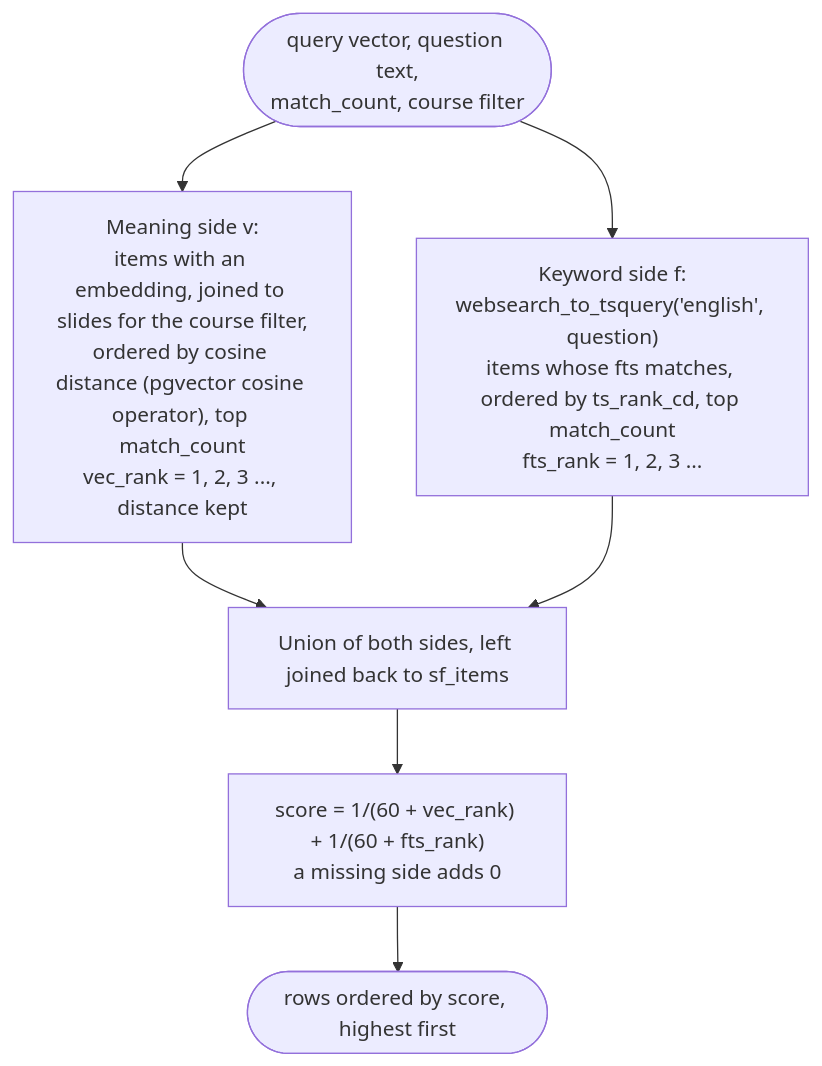
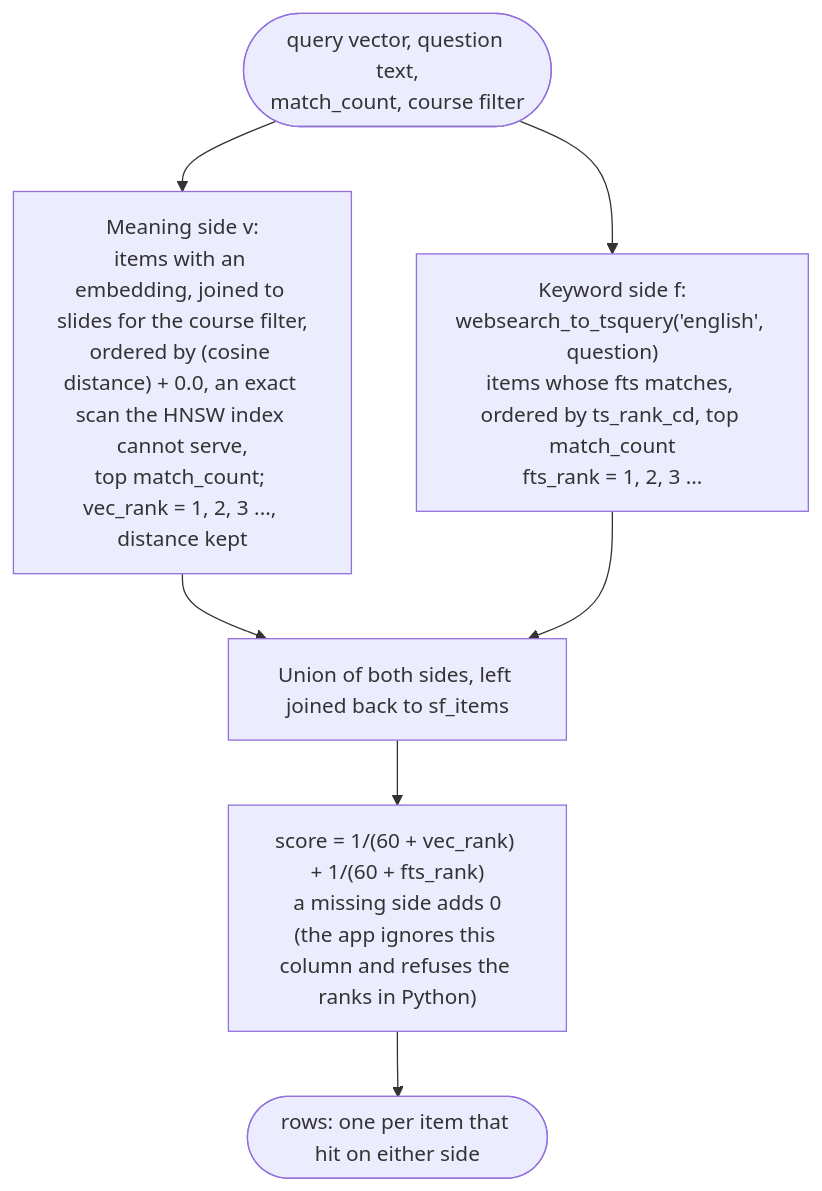
Before and after one commit to bcollier/slide-finder: the fifth of 20 diagrams in README.md, drawn with Mermaid. The commit also changed other lines of this file and 3 other files, not shown here.

````diff
--- a/README.md
+++ b/README.md
@@ -597,10 +634,10 @@
 ```mermaid
 flowchart TB
     IN(["query vector, question text,<br/>match_count, course filter"])
-    V["Meaning side v:<br/>items with an embedding, joined to slides for the course filter,<br/>ordered by cosine distance (pgvector cosine operator), top match_count<br/>vec_rank = 1, 2, 3 ..., distance kept"]
+    V["Meaning side v:<br/>items with an embedding, joined to slides for the course filter,<br/>ordered by (cosine distance) + 0.0, an exact scan the HNSW index cannot serve,<br/>top match_count; vec_rank = 1, 2, 3 ..., distance kept"]
     F["Keyword side f:<br/>websearch_to_tsquery('english', question)<br/>items whose fts matches, ordered by ts_rank_cd, top match_count<br/>fts_rank = 1, 2, 3 ..."]
     J["Union of both sides, left joined back to sf_items"]
-    S["score = 1/(60 + vec_rank) + 1/(60 + fts_rank)<br/>a missing side adds 0"]
-    OUT(["rows ordered by score, highest first"])
+    S["score = 1/(60 + vec_rank) + 1/(60 + fts_rank)<br/>a missing side adds 0<br/>(the app ignores this column and refuses the ranks in Python)"]
+    OUT(["rows: one per item that hit on either side"])
     IN --> V & F --> J --> S --> OUT
 ```
````
